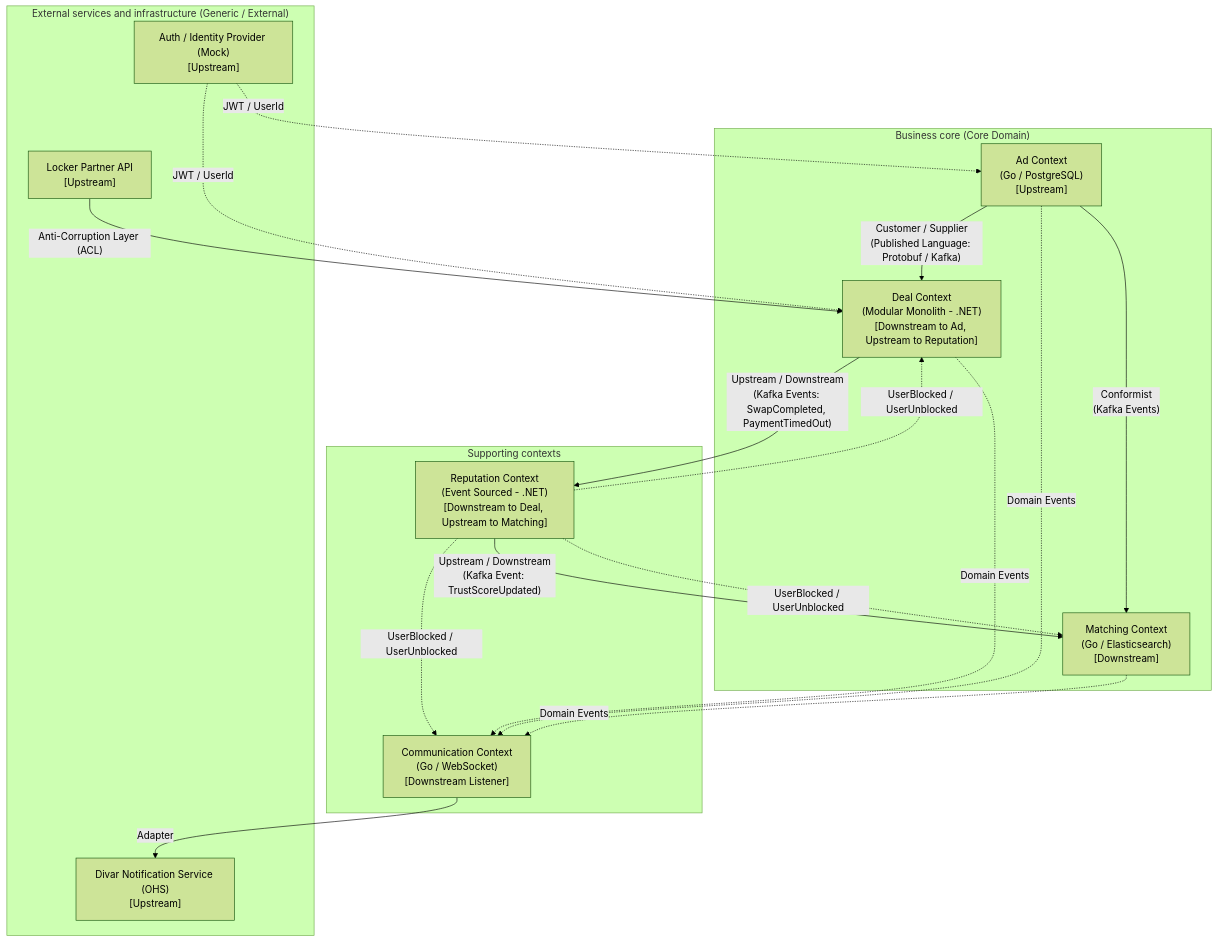
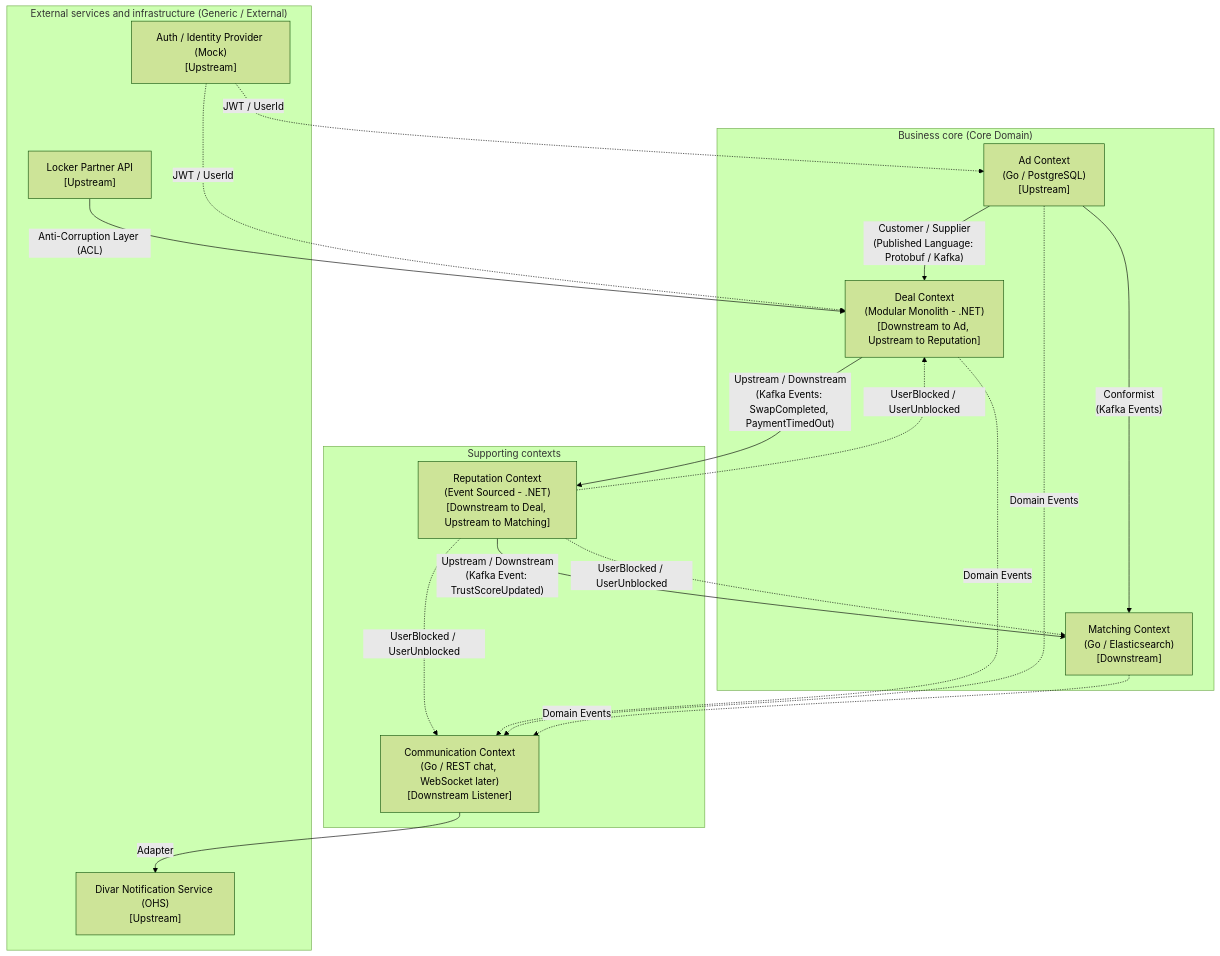
The diagram in docs/domain/context-map.md (AlirezaIzadi6/Taakht), drawn with Mermaid (forest theme) before and after one commit. The commit also changed 3 other files, not shown here.

First line of the commit message:
docs: decide chat over REST and PostgreSQL for Communication in phase 1

````diff
--- a/docs/domain/context-map.md
+++ b/docs/domain/context-map.md
@@ -9,35 +9,35 @@
 ```mermaid
 flowchart TD
     subgraph Core ["Business core (Core Domain)"]
         Ad["Ad Context\n(Go / PostgreSQL)\n[Upstream]"]
         Deal["Deal Context\n(Modular Monolith - .NET)\n[Downstream to Ad, Upstream to Reputation]"]
         Matching["Matching Context\n(Go / Elasticsearch)\n[Downstream]"]
     end
 
     subgraph Supporting ["Supporting contexts"]
         Reputation["Reputation Context\n(Event Sourced - .NET)\n[Downstream to Deal, Upstream to Matching]"]
-        Communication["Communication Context\n(Go / WebSocket)\n[Downstream Listener]"]
+        Communication["Communication Context\n(Go / REST chat, WebSocket later)\n[Downstream Listener]"]
     end
 
     subgraph External ["External services and infrastructure (Generic / External)"]
         Locker["Locker Partner API\n[Upstream]"]
         DivarNotif["Divar Notification Service (OHS)\n[Upstream]"]
         AuthMock["Auth / Identity Provider (Mock)\n[Upstream]"]
     end
 
     %% Relationships
     Ad -->|"Customer / Supplier\n(Published Language: Protobuf / Kafka)"| Deal
     Ad -->|"Conformist\n(Kafka Events)"| Matching
     Deal -->|"Upstream / Downstream\n(Kafka Events: SwapCompleted, PaymentTimedOut)"| Reputation
     Reputation -->|"Upstream / Downstream\n(Kafka Event: TrustScoreUpdated)"| Matching
     Reputation -.->|"UserBlocked / UserUnblocked"| Deal
     Reputation -.->|"UserBlocked / UserUnblocked"| Matching
     Reputation -.->|"UserBlocked / UserUnblocked"| Communication
     Locker -->|"Anti-Corruption Layer (ACL)"| Deal
     Communication -->|"Adapter"| DivarNotif
     Deal -.->|"Domain Events"| Communication
     Ad -.->|"Domain Events"| Communication
     Matching -.->|"Domain Events"| Communication
     AuthMock -.->|"JWT / UserId"| Deal
     AuthMock -.->|"JWT / UserId"| Ad
 ```
````
